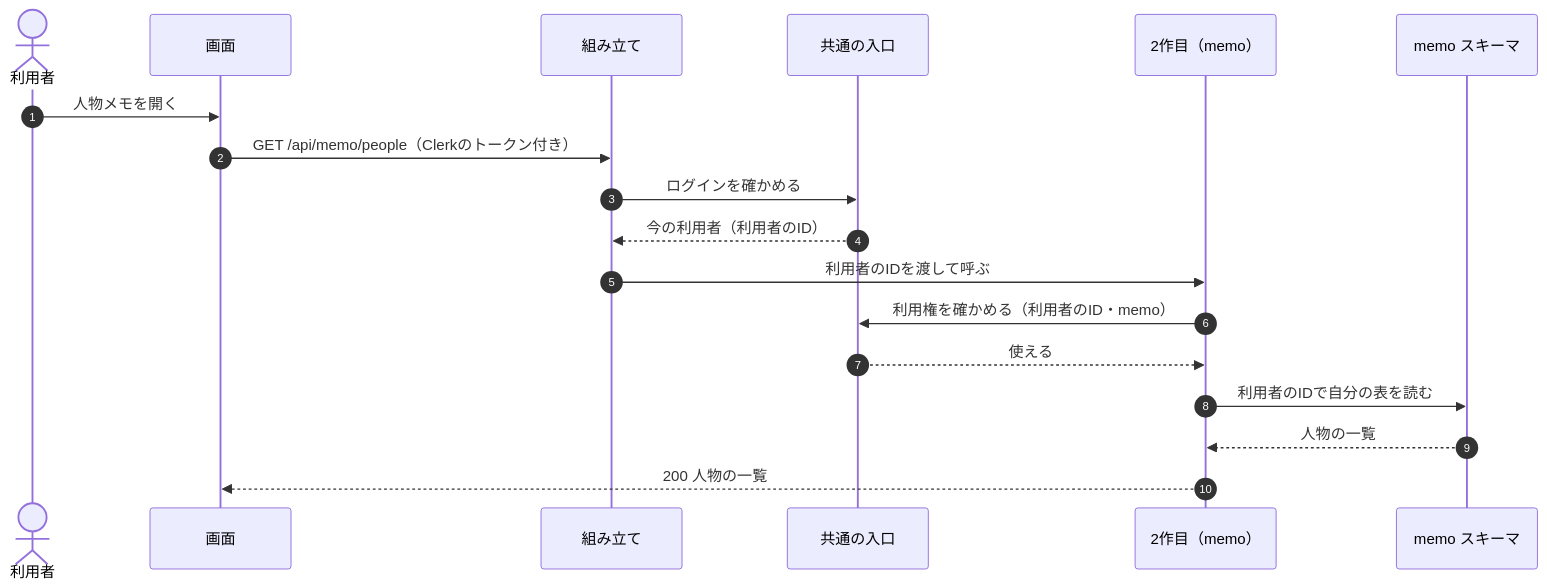
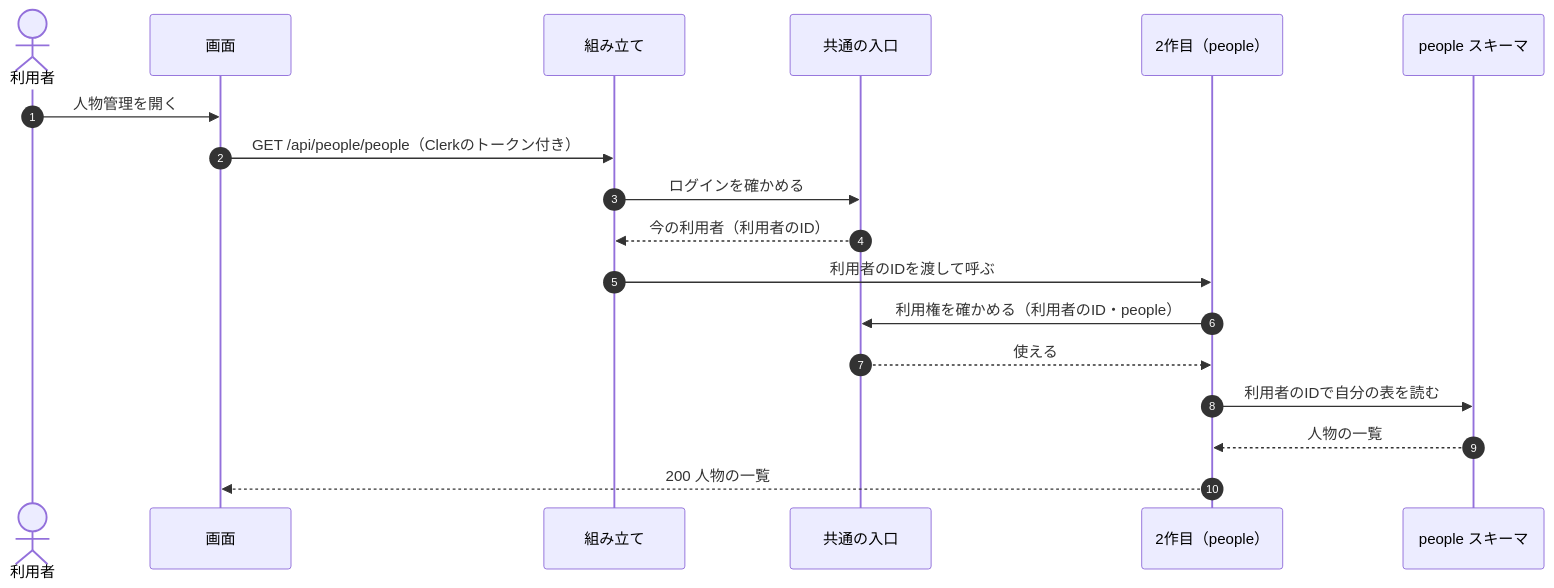
Before and after one commit to takumi-okuya-dev/meguru-app: the third of 5 diagrams in docs/app-separation.md, drawn with Mermaid. The commit also changed other lines of this file and 19 other files, not shown here.

````diff
--- a/docs/app-separation.md
+++ b/docs/app-separation.md
@@ -137,21 +137,21 @@
 ```mermaid
 sequenceDiagram
   autonumber
   actor U as 利用者
   participant W as 画面
   participant C as 組み立て
   participant P as 共通の入口
-  participant M as 2作目（memo）
-  participant DB as memo スキーマ
+  participant M as 2作目（people）
+  participant DB as people スキーマ
 
-  U->>W: 人物メモを開く
-  W->>C: GET /api/memo/people（Clerkのトークン付き）
+  U->>W: 人物管理を開く
+  W->>C: GET /api/people/people（Clerkのトークン付き）
   C->>P: ログインを確かめる
   P-->>C: 今の利用者（利用者のID）
   C->>M: 利用者のIDを渡して呼ぶ
-  M->>P: 利用権を確かめる（利用者のID・memo）
+  M->>P: 利用権を確かめる（利用者のID・people）
   P-->>M: 使える
   M->>DB: 利用者のIDで自分の表を読む
   DB-->>M: 人物の一覧
   M-->>W: 200 人物の一覧
 ```
````
